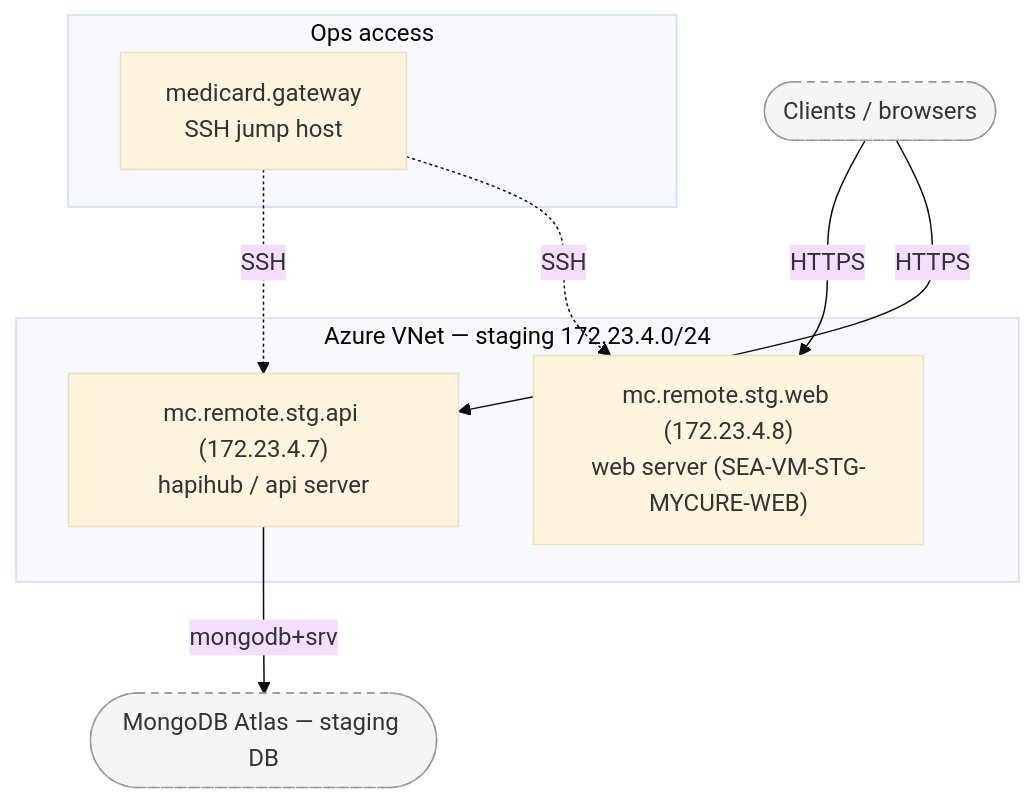
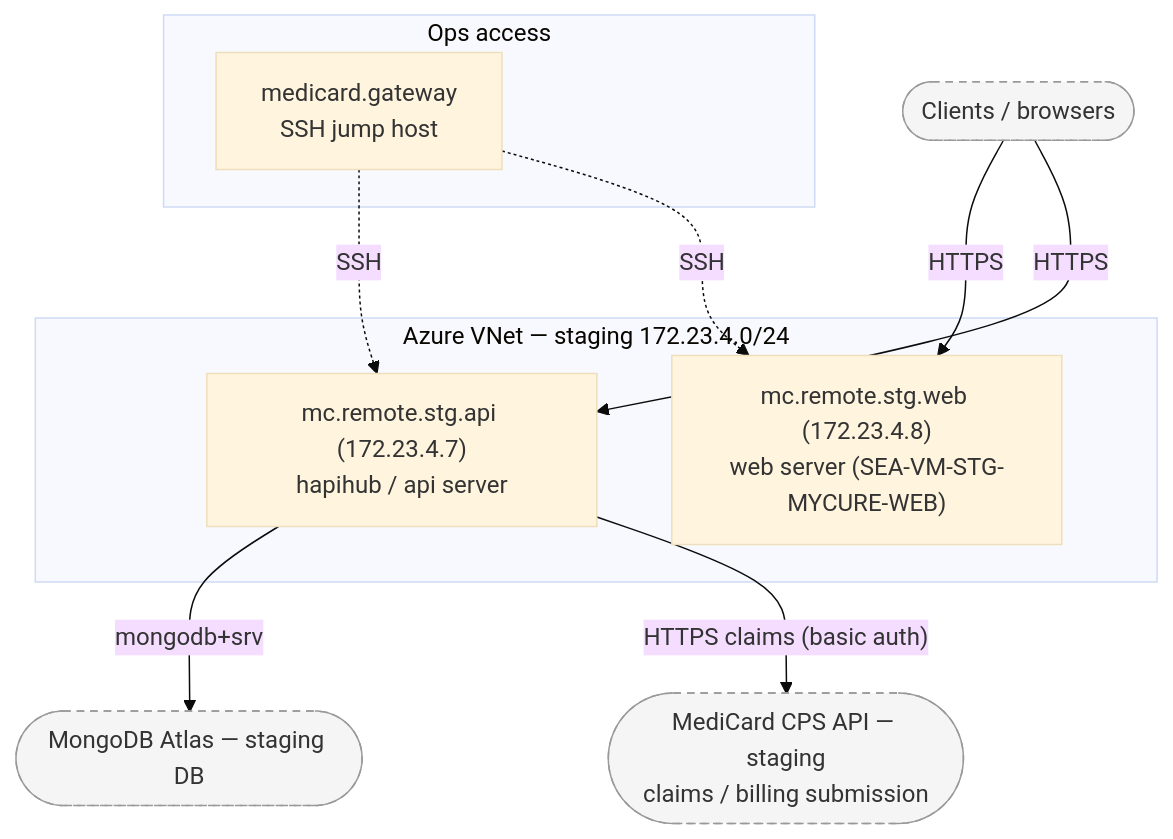
One commit to mycurelabs/monobase-infra-medicard changed the second of 4 diagrams in docs/medicard-topology.md. Above: the diagram before and after it, drawn with Mermaid (base theme). The commit also changed other lines of this file, not shown here.

Commit message:
docs: add MediCard CPS integration to legacy prod + staging topology

````diff
--- a/docs/medicard-topology.md
+++ b/docs/medicard-topology.md
@@ -68,25 +73,27 @@
 ```mermaid
 flowchart TB
     clients([Clients / browsers])
 
     subgraph OPS[Ops access]
         gw[medicard.gateway<br/>SSH jump host]
     end
 
     subgraph STG[Azure VNet — staging 172.23.4.0/24]
         stgapi["mc.remote.stg.api (172.23.4.7)<br/>hapihub / api server"]
         stgweb["mc.remote.stg.web (172.23.4.8)<br/>web server (SEA-VM-STG-MYCURE-WEB)"]
     end
 
     atlas([MongoDB Atlas — staging DB])
+    cps([MediCard CPS API — staging<br/>claims / billing submission])
 
     clients -->|HTTPS| stgweb
     clients -->|HTTPS| stgapi
     stgapi -->|mongodb+srv| atlas
+    stgapi -->|"HTTPS claims (basic auth)"| cps
 
     gw -.SSH.-> stgapi
     gw -.SSH.-> stgweb
 
     classDef bb fill:#f5f5f5,stroke:#999,stroke-dasharray:5 4,color:#333;
-    class clients,atlas bb;
+    class clients,atlas,cps bb;
 ```
````
